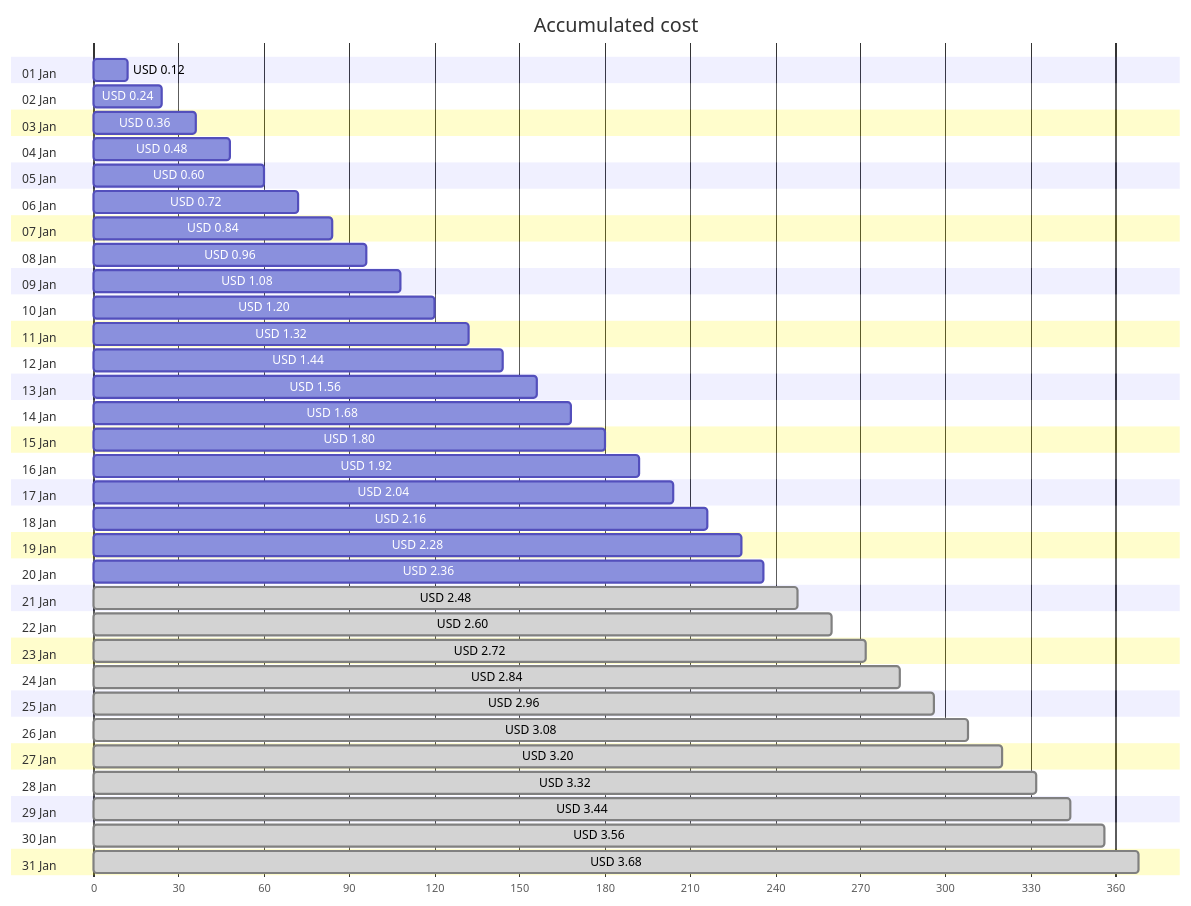
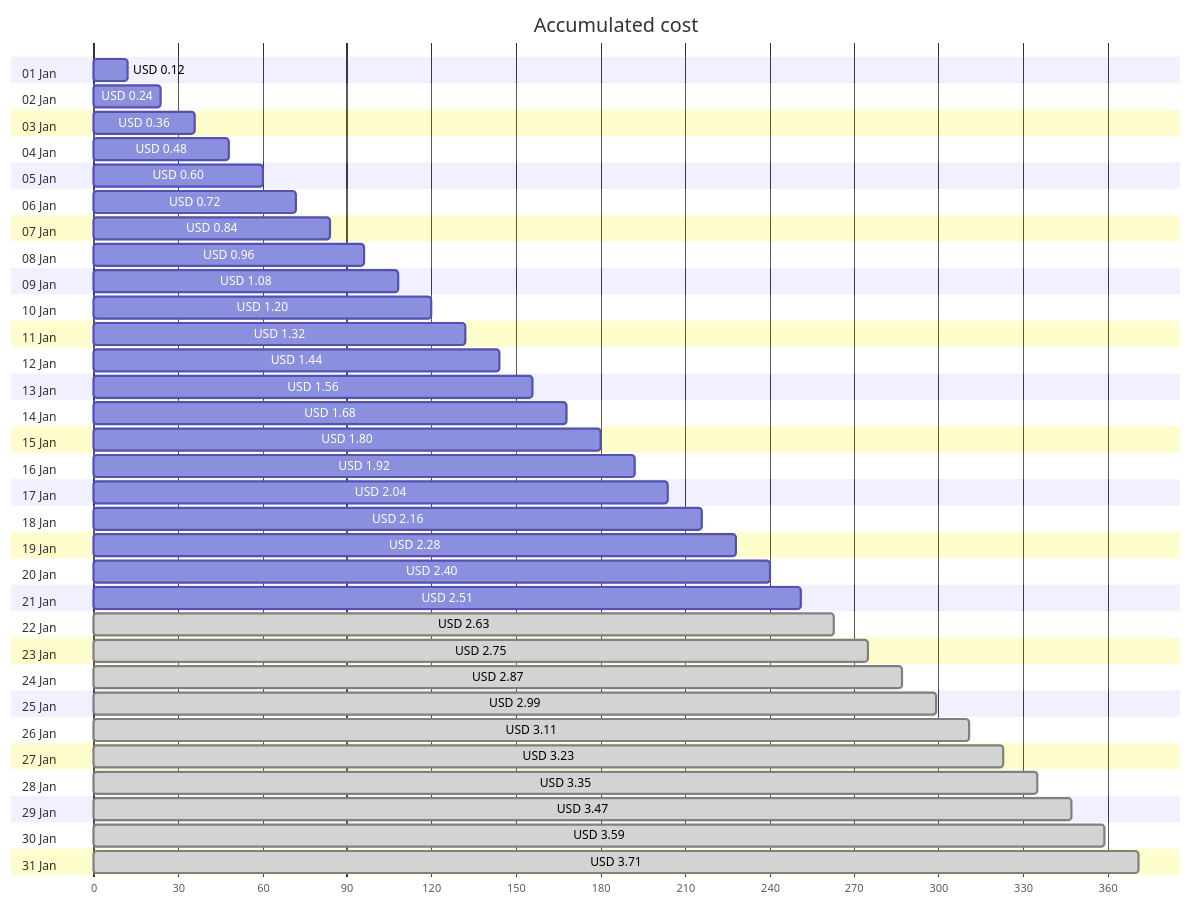
The first of 4 diagrams in cost-reports/personal-network/backup-server-public-ip.md (jpfulton/azure-personal-reports), drawn with Mermaid before and after one commit. The commit also changed other lines of this file and 8 other files, not shown here.

````diff
--- a/cost-reports/personal-network/backup-server-public-ip.md
+++ b/cost-reports/personal-network/backup-server-public-ip.md
@@ -20,68 +20,68 @@
 ```mermaid
 gantt
    title Accumulated cost
    dateFormat  X
    axisFormat %s
    section 01 Jan
    USD 0.12 :0, 12
    section 02 Jan
    USD 0.24 :0, 24
    section 03 Jan
    USD 0.36 :0, 36
    section 04 Jan
    USD 0.48 :0, 48
    section 05 Jan
    USD 0.60 :0, 60
    section 06 Jan
    USD 0.72 :0, 72
    section 07 Jan
    USD 0.84 :0, 84
    section 08 Jan
    USD 0.96 :0, 96
    section 09 Jan
    USD 1.08 :0, 108
    section 10 Jan
    USD 1.20 :0, 120
    section 11 Jan
    USD 1.32 :0, 132
    section 12 Jan
    USD 1.44 :0, 144
    section 13 Jan
    USD 1.56 :0, 156
    section 14 Jan
    USD 1.68 :0, 168
    section 15 Jan
    USD 1.80 :0, 180
    section 16 Jan
    USD 1.92 :0, 192
    section 17 Jan
    USD 2.04 :0, 204
    section 18 Jan
    USD 2.16 :0, 216
    section 19 Jan
    USD 2.28 :0, 228
    section 20 Jan
-   USD 2.36 :0, 236
+   USD 2.40 :0, 240
    section 21 Jan
-   USD 2.48 : done, 0, 248
+   USD 2.51 :0, 251
    section 22 Jan
-   USD 2.60 : done, 0, 260
+   USD 2.63 : done, 0, 263
    section 23 Jan
-   USD 2.72 : done, 0, 272
+   USD 2.75 : done, 0, 275
    section 24 Jan
-   USD 2.84 : done, 0, 284
+   USD 2.87 : done, 0, 287
    section 25 Jan
-   USD 2.96 : done, 0, 296
+   USD 2.99 : done, 0, 299
    section 26 Jan
-   USD 3.08 : done, 0, 308
+   USD 3.11 : done, 0, 311
    section 27 Jan
-   USD 3.20 : done, 0, 320
+   USD 3.23 : done, 0, 323
    section 28 Jan
-   USD 3.32 : done, 0, 332
+   USD 3.35 : done, 0, 335
    section 29 Jan
-   USD 3.44 : done, 0, 344
+   USD 3.47 : done, 0, 347
    section 30 Jan
-   USD 3.56 : done, 0, 356
+   USD 3.59 : done, 0, 359
    section 31 Jan
-   USD 3.68 : done, 0, 368
+   USD 3.71 : done, 0, 371
 ```
````
